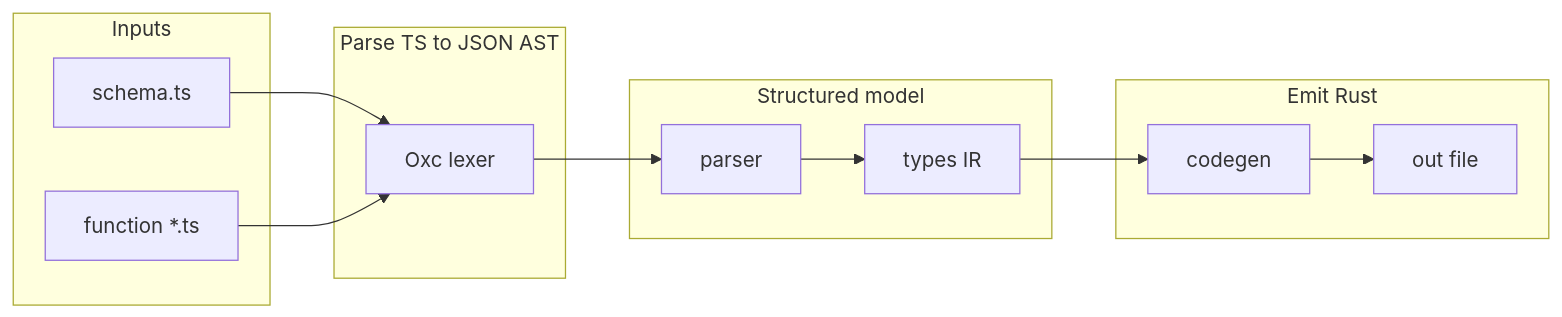
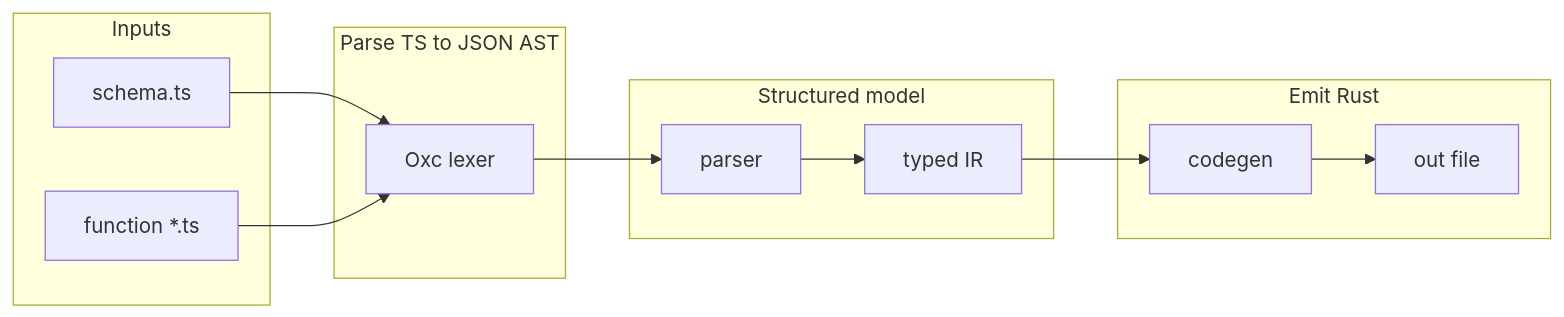
Before and after one commit to JamalLyons/convex-typegen: the diagram in docs/architecture.md, drawn with Mermaid. The commit also changed other lines of this file and 11 other files, not shown here.

````diff
--- a/docs/architecture.md
+++ b/docs/architecture.md
@@ -17,24 +17,24 @@
 ```mermaid
 flowchart LR
   subgraph inputs [Inputs]
     S[schema.ts]
     F[function *.ts]
   end
   subgraph parse [Parse TS to JSON AST]
     O[Oxc lexer]
   end
   subgraph model [Structured model]
     P[parser]
-    T[types IR]
+    T[typed IR]
   end
   subgraph emit [Emit Rust]
     C[codegen]
     R[out file]
   end
   S --> O
   F --> O
   O --> P
   P --> T
   T --> C
   C --> R
 ```
````
